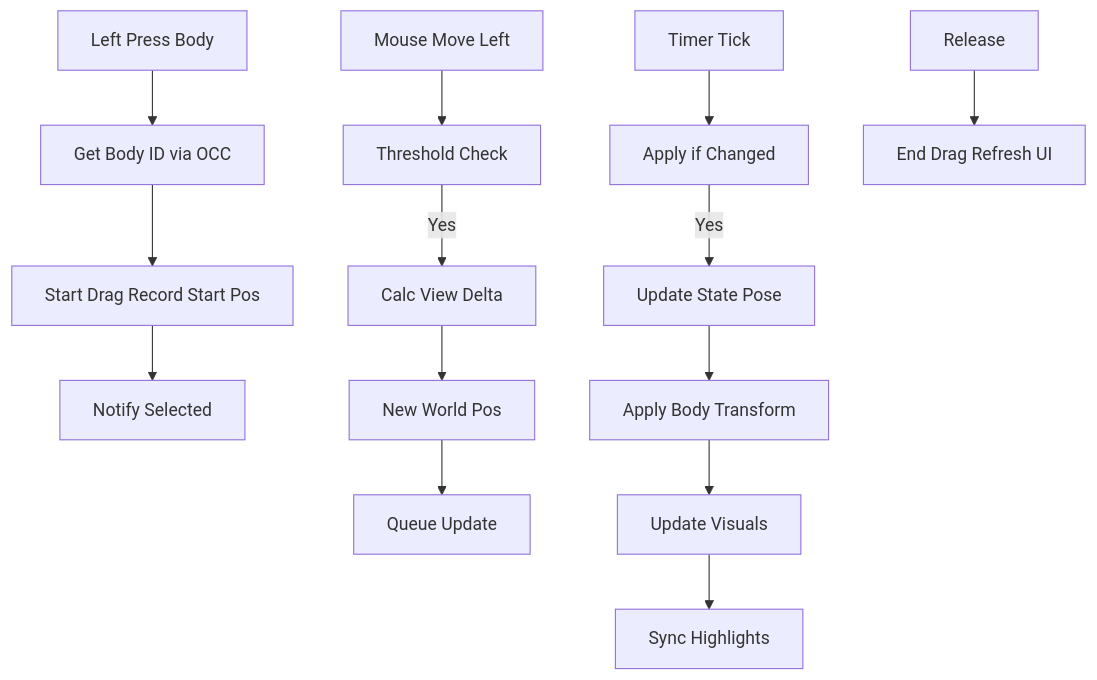
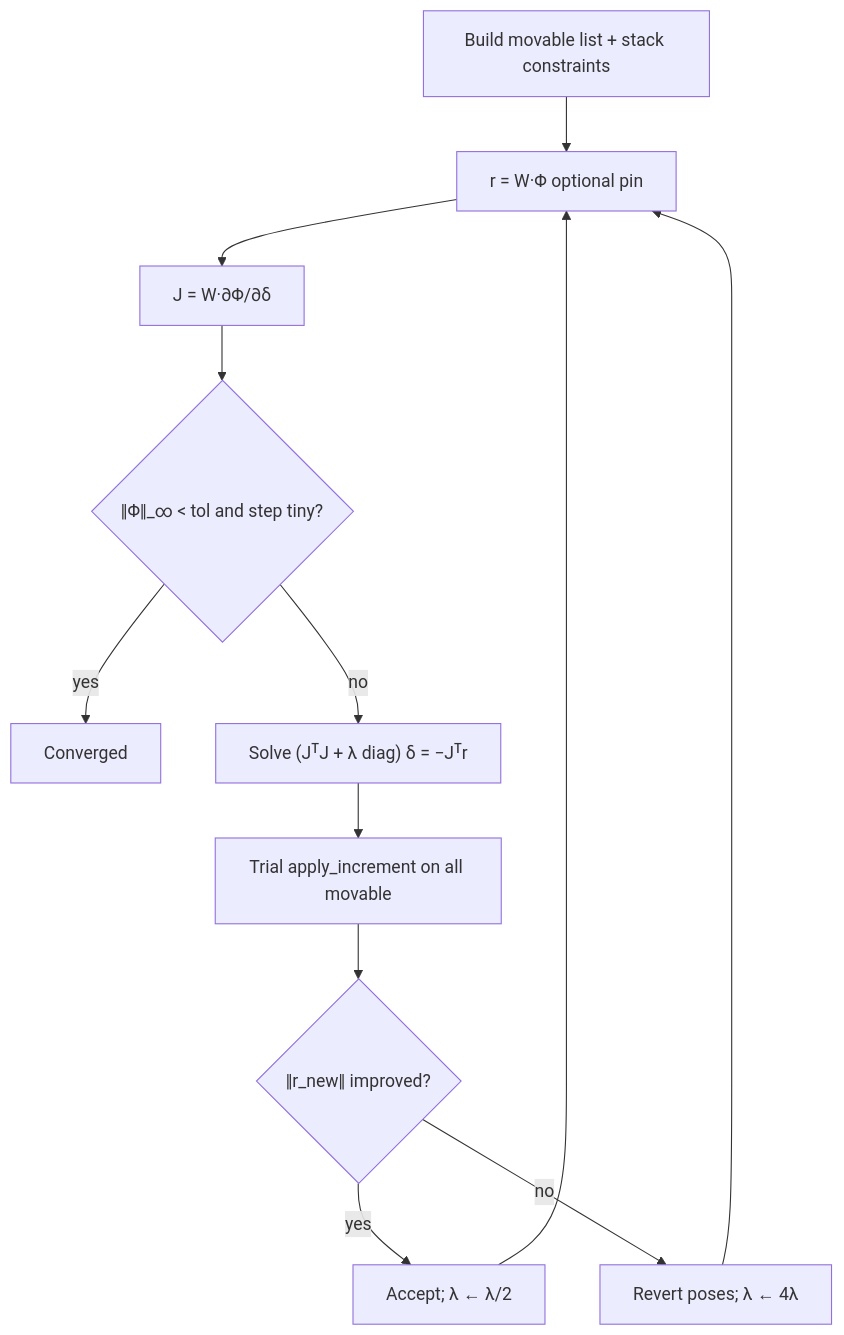
One commit to utk11/MBD-PreProcessor changed the sixth of 12 diagrams in Documentation/documentation.md. Above: the diagram before and after it, drawn with Mermaid. The commit also changed other lines of this file and 28 other files, not shown here.

````diff
--- a/Documentation/documentation.md
+++ b/Documentation/documentation.md
@@ -176,19 +377,14 @@
 ```mermaid
 flowchart TD
-    A[Left Press Body] --> B[Get Body ID via OCC]
-    B --> C[Start Drag Record Start Pos]
-    C --> D[Notify Selected]
-    
-    E[Mouse Move Left] --> F[Threshold Check]
-    F -->|Yes| G[Calc View Delta]
-    G --> H[New World Pos]
-    H --> I[Queue Update]
-    
-    J[Timer Tick] --> K[Apply if Changed]
-    K -->|Yes| L[Update State Pose]
-    L --> M[Apply Body Transform]
-    M --> N[Update Visuals]
-    N --> O[Sync Highlights]
-    
-    P[Release] --> Q[End Drag Refresh UI]
+    A[Build movable list + stack constraints] --> B[r = W·Φ optional pin]
+    B --> C[J = W·∂Φ/∂δ]
+    C --> D{‖Φ‖_∞ < tol and step tiny?}
+    D -->|yes| Z[Converged]
+    D -->|no| E["Solve (JᵀJ + λ diag) δ = −Jᵀr"]
+    E --> F[Trial apply_increment on all movable]
+    F --> G{‖r_new‖ improved?}
+    G -->|yes| H[Accept; λ ← λ/2]
+    G -->|no| I[Revert poses; λ ← 4λ]
+    H --> B
+    I --> B
 ```
````
